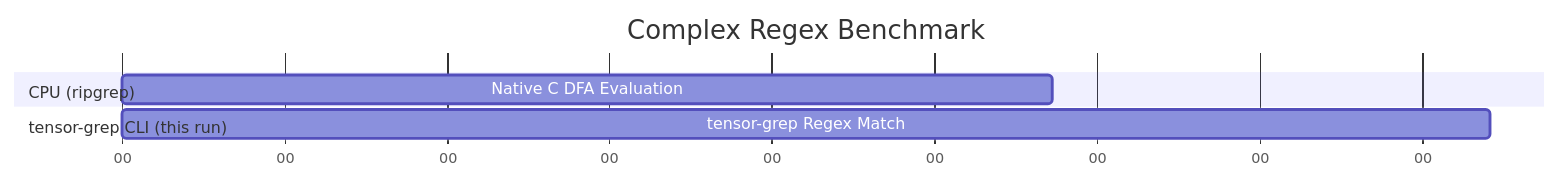
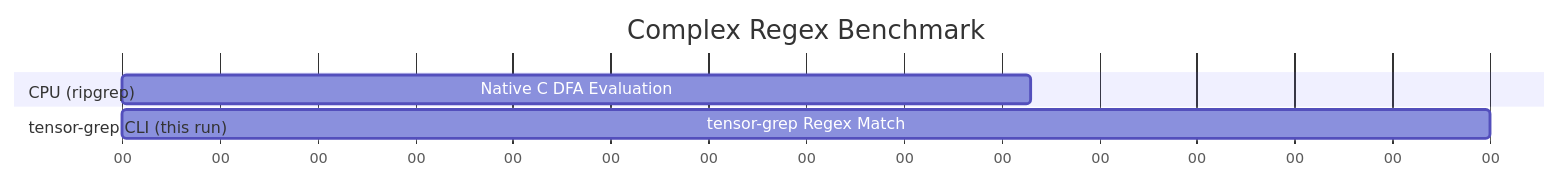
The second of 3 diagrams in docs/PAPER.md (oimiragieo/tensor-grep), drawn with Mermaid before and after one commit. The commit also changed other lines of this file and 1 other file, not shown here.

````diff
--- a/docs/PAPER.md
+++ b/docs/PAPER.md
@@ -102,12 +102,12 @@
 ```mermaid
 gantt
     title Complex Regex Benchmark
     dateFormat  s
     axisFormat %S
     
     section CPU (ripgrep)
-    Native C DFA Evaluation :a1, 0, 0.573s
+    Native C DFA Evaluation :a1, 0, 0.465s
     
     section tensor-grep CLI (this run)
-    tensor-grep Regex Match :a2, 0, 0.842s
+    tensor-grep Regex Match :a2, 0, 0.700s
 ```
````
